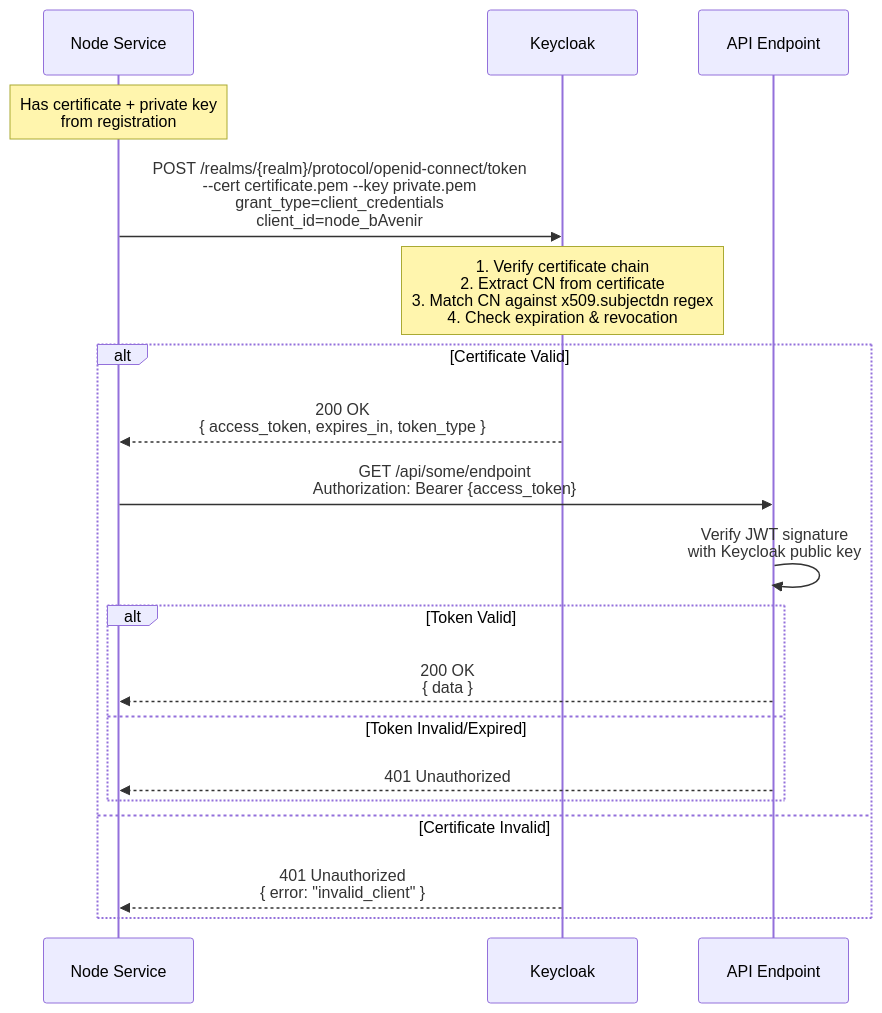
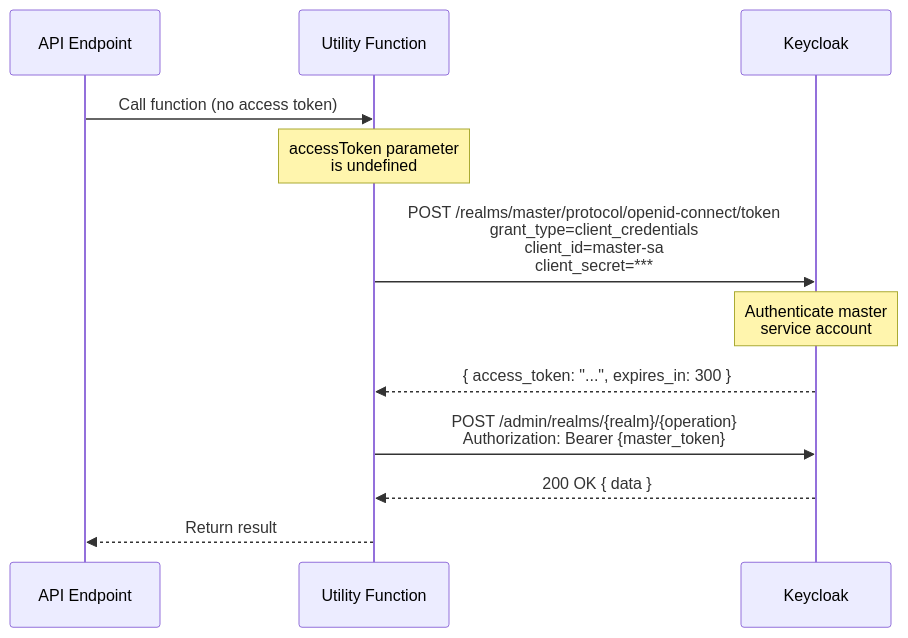
Before and after one commit to bAvenir/circuless-management-ui: the fourth of 4 diagrams in README.md, drawn with Mermaid. The commit also changed other lines of this file, not shown here.

````diff
--- a/README.md
+++ b/README.md
@@ -1006,29 +647,22 @@
 ```mermaid
 sequenceDiagram
-    participant Node as Node Service
+    participant API as API Endpoint
+    participant Util as Utility Function
     participant KC as Keycloak
-    participant API as API Endpoint
     
-    Note over Node: Has certificate + private key<br/>from registration
+    API->>Util: Call function (no access token)
     
-    Node->>KC: POST /realms/{realm}/protocol/openid-connect/token<br/>--cert certificate.pem --key private.pem<br/>grant_type=client_credentials<br/>client_id=node_bAvenir
+    Note over Util: accessToken parameter<br/>is undefined
     
-    Note over KC: 1. Verify certificate chain<br/>2. Extract CN from certificate<br/>3. Match CN against x509.subjectdn regex<br/>4. Check expiration & revocation
+    Util->>KC: POST /realms/master/protocol/openid-connect/token<br/>grant_type=client_credentials<br/>client_id=master-sa<br/>client_secret=***
     
-    alt Certificate Valid
-        KC-->>Node: 200 OK<br/>{ access_token, expires_in, token_type }
-        
-        Node->>API: GET /api/some/endpoint<br/>Authorization: Bearer {access_token}
-        
-        API->>API: Verify JWT signature<br/>with Keycloak public key
-        
-        alt Token Valid
-            API-->>Node: 200 OK<br/>{ data }
-        else Token Invalid/Expired
-            API-->>Node: 401 Unauthorized
-        end
-        
-    else Certificate Invalid
-        KC-->>Node: 401 Unauthorized<br/>{ error: "invalid_client" }
-    end
+    Note over KC: Authenticate master<br/>service account
+    
+    KC-->>Util: { access_token: "...", expires_in: 300 }
+    
+    Util->>KC: POST /admin/realms/{realm}/{operation}<br/>Authorization: Bearer {master_token}
+    
+    KC-->>Util: 200 OK { data }
+    
+    Util-->>API: Return result
 ```
````
